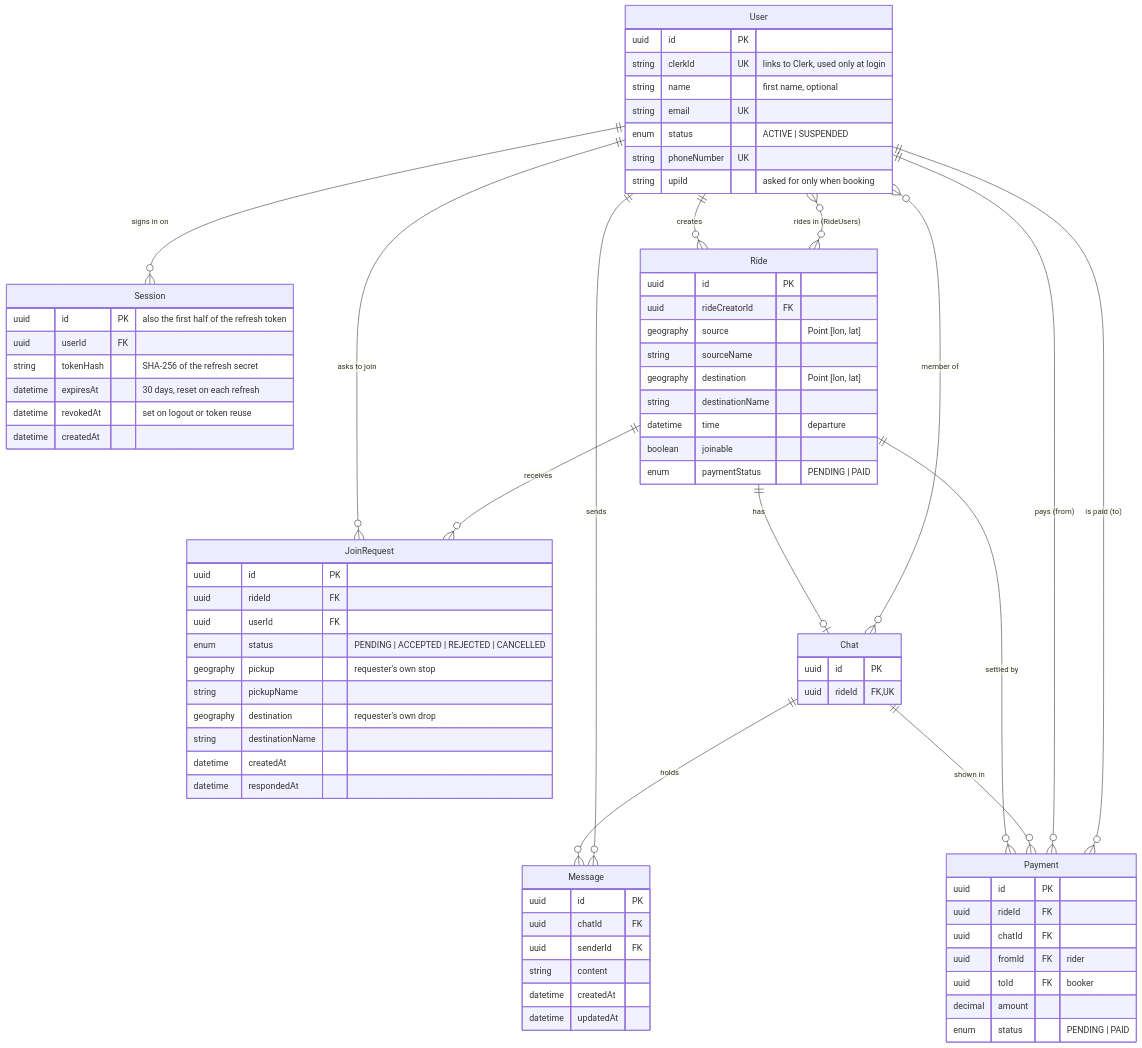
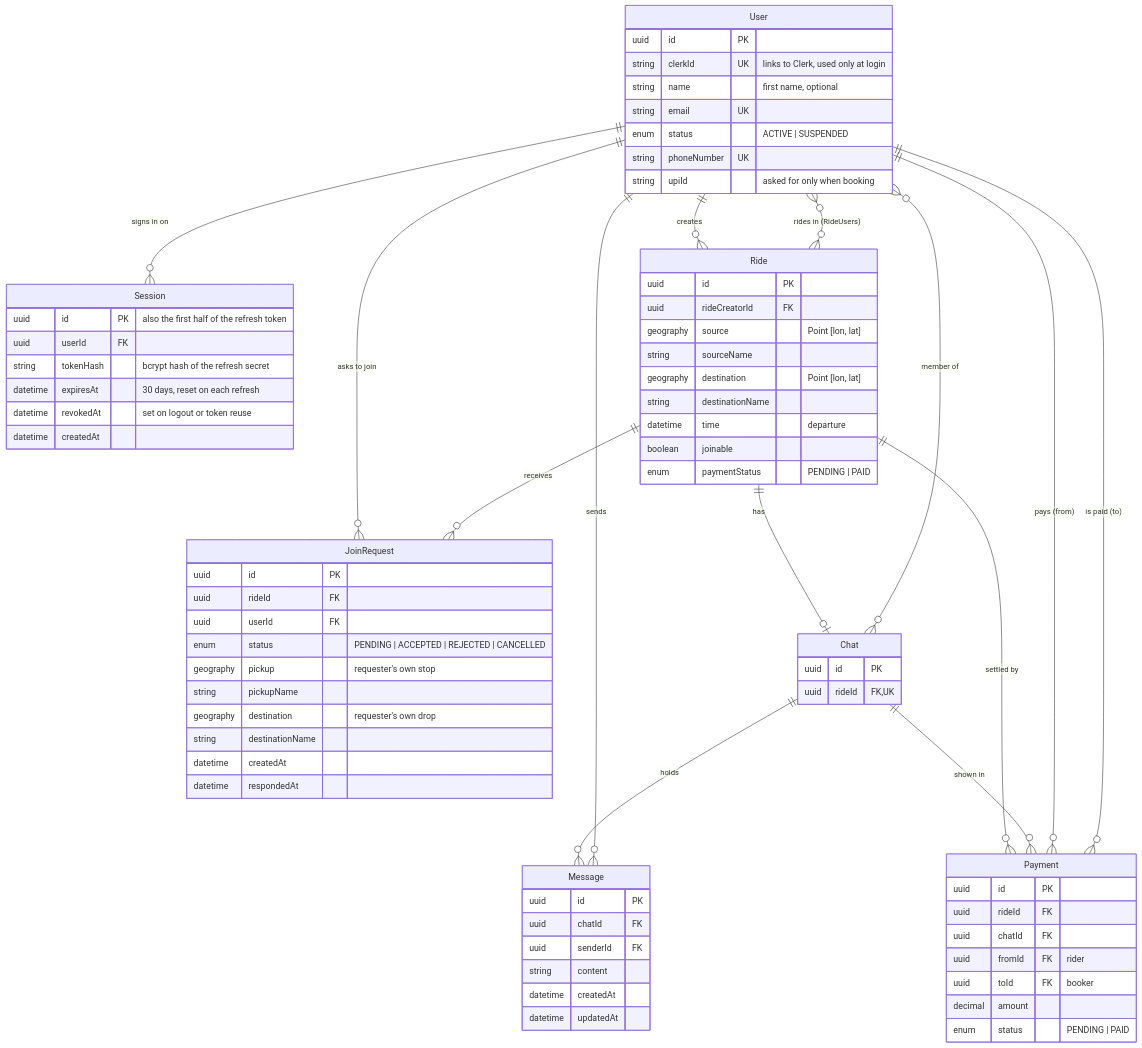
Before and after one commit to yatinsingh2007/HopShare: diagram 13 of 14 in README.md, drawn with Mermaid. The commit also changed other lines of this file and 3 other files, not shown here.

First line of the commit message:
feat(server): hash refresh-token secrets with bcrypt

```diff
--- a/README.md
+++ b/README.md
@@ -462,7 +462,7 @@
     Session {
         uuid id PK "also the first half of the refresh token"
         uuid userId FK
-        string tokenHash "SHA-256 of the refresh secret"
+        string tokenHash "bcrypt hash of the refresh secret"
         datetime expiresAt "30 days, reset on each refresh"
         datetime revokedAt "set on logout or token reuse"
         datetime createdAt
```
